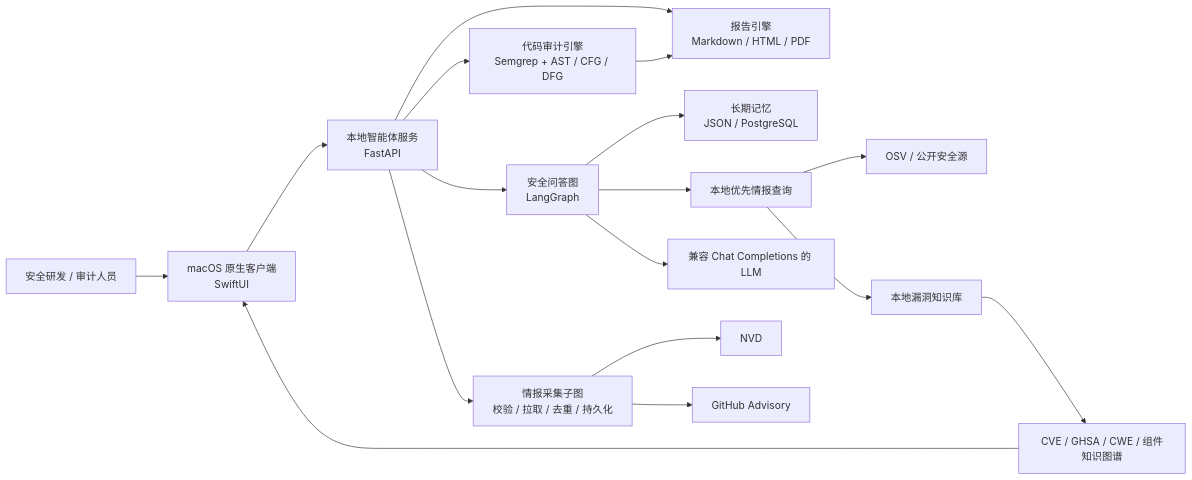
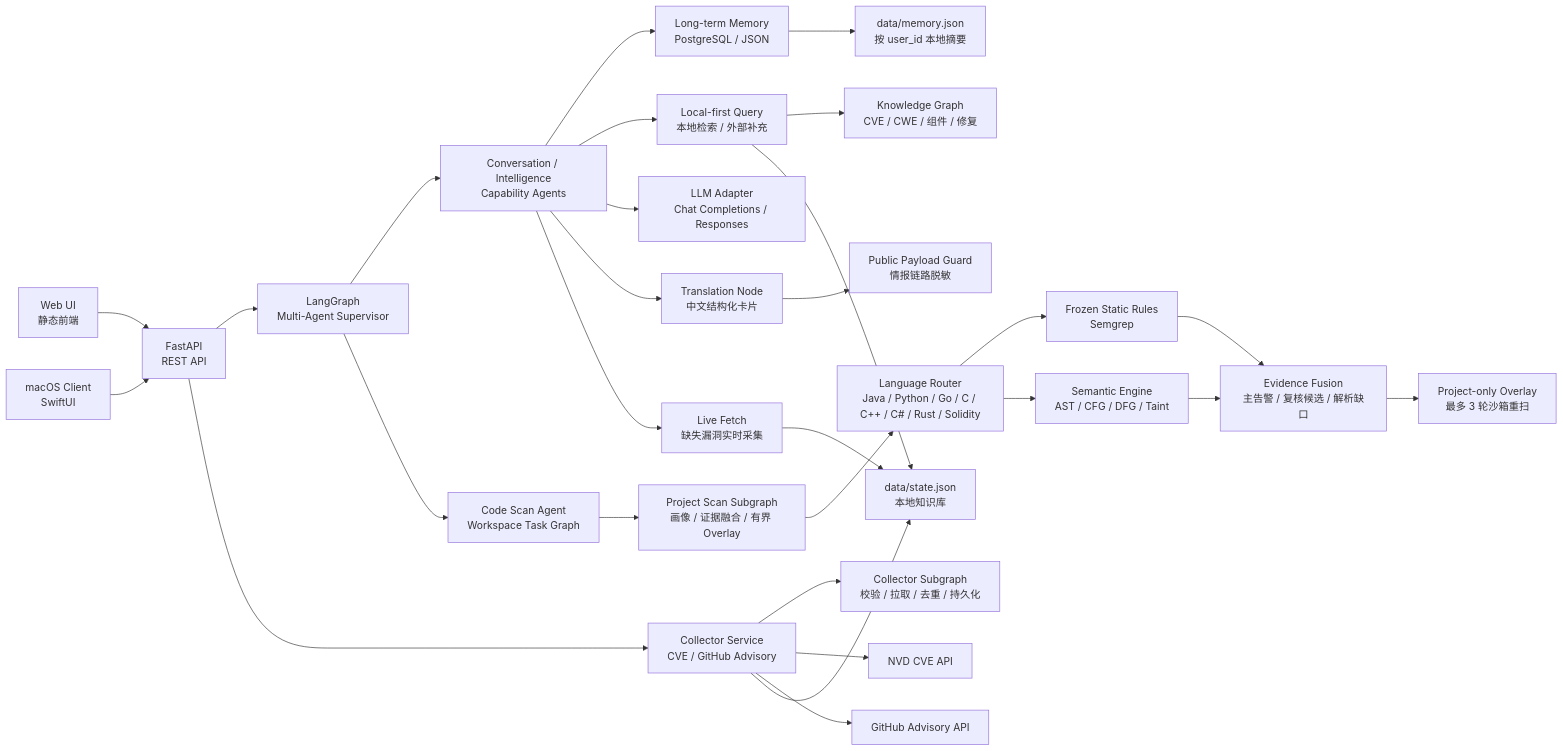
Before and after one commit to FuNianTongXue/AegisAl: the diagram in README.md, drawn with Mermaid. The commit also changed other lines of this file and 289 other files, not shown here.

````diff
--- a/README.md
+++ b/README.md
@@ -104,19 +132,30 @@
 ```mermaid
 flowchart LR
-  USER["安全研发 / 审计人员"] --> MAC["macOS 原生客户端<br/>SwiftUI"]
-  MAC --> API["本地智能体服务<br/>FastAPI"]
-  API --> AGENT["安全问答图<br/>LangGraph"]
-  API --> COLLECTOR["情报采集子图<br/>校验 / 拉取 / 去重 / 持久化"]
-  API --> AUDIT["代码审计引擎<br/>Semgrep + AST / CFG / DFG"]
-  API --> REPORT["报告引擎<br/>Markdown / HTML / PDF"]
-  AGENT --> MEMORY["长期记忆<br/>JSON / PostgreSQL"]
-  AGENT --> INTEL["本地优先情报查询"]
-  AGENT --> LLM["兼容 Chat Completions 的 LLM"]
-  COLLECTOR --> NVD["NVD"]
-  COLLECTOR --> GHSA["GitHub Advisory"]
-  INTEL --> OSV["OSV / 公开安全源"]
-  INTEL --> STORE["本地漏洞知识库"]
-  AUDIT --> REPORT
-  STORE --> GRAPH["CVE / GHSA / CWE / 组件知识图谱"]
-  GRAPH --> MAC
+  UI["Web UI<br/>静态前端"] --> API["FastAPI<br/>REST API"]
+  API --> SUPERVISOR["LangGraph<br/>Multi-Agent Supervisor"]
+  SUPERVISOR --> GRAPH["Conversation / Intelligence<br/>Capability Agents"]
+  SUPERVISOR --> TASK["Code Scan Agent<br/>Workspace Task Graph"]
+  API --> COLLECTOR["Collector Service<br/>CVE / GitHub Advisory"]
+  MAC["macOS Client<br/>SwiftUI"] --> API
+  COLLECTOR --> CGRAPH["Collector Subgraph<br/>校验 / 拉取 / 去重 / 持久化"]
+  GRAPH --> MEMORY["Long-term Memory<br/>PostgreSQL / JSON"]
+  GRAPH --> SEARCH["Local-first Query<br/>本地检索 / 外部补充"]
+  SEARCH --> KGRAPH["Knowledge Graph<br/>CVE / CWE / 组件 / 修复"]
+  GRAPH --> LLM["LLM Adapter<br/>Chat Completions / Responses"]
+  GRAPH --> TRANS["Translation Node<br/>中文结构化卡片"]
+  TASK --> ADAPT["Project Scan Subgraph<br/>画像 / 证据融合 / 有界 Overlay"]
+  ADAPT --> ROUTER["Language Router<br/>Java / Python / Go / C / C++ / C# / Rust / Solidity"]
+  ROUTER --> STATIC["Frozen Static Rules<br/>Semgrep"]
+  ROUTER --> SEMANTIC["Semantic Engine<br/>AST / CFG / DFG / Taint"]
+  STATIC --> FUSION["Evidence Fusion<br/>主告警 / 复核候选 / 解析缺口"]
+  SEMANTIC --> FUSION
+  FUSION --> OVERLAY["Project-only Overlay<br/>最多 3 轮沙箱重扫"]
+  TRANS --> PRIVACY["Public Payload Guard<br/>情报链路脱敏"]
+  GRAPH --> LIVE["Live Fetch<br/>缺失漏洞实时采集"]
+  COLLECTOR --> NVD["NVD CVE API"]
+  COLLECTOR --> GHSA["GitHub Advisory API"]
+  SEARCH --> STORE["data/state.json<br/>本地知识库"]
+  LIVE --> STORE
+  COLLECTOR --> STORE
+  MEMORY --> LOCALMEM["data/memory.json<br/>按 user_id 本地摘要"]
 ```
````
